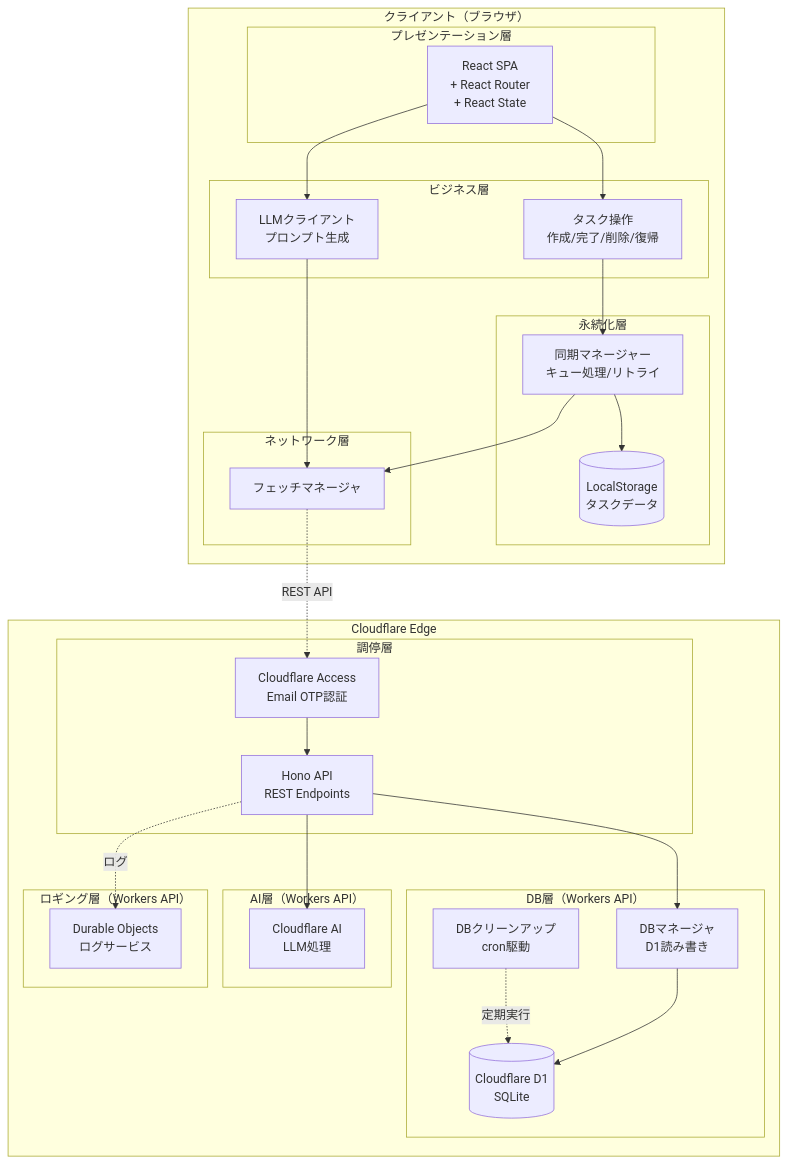
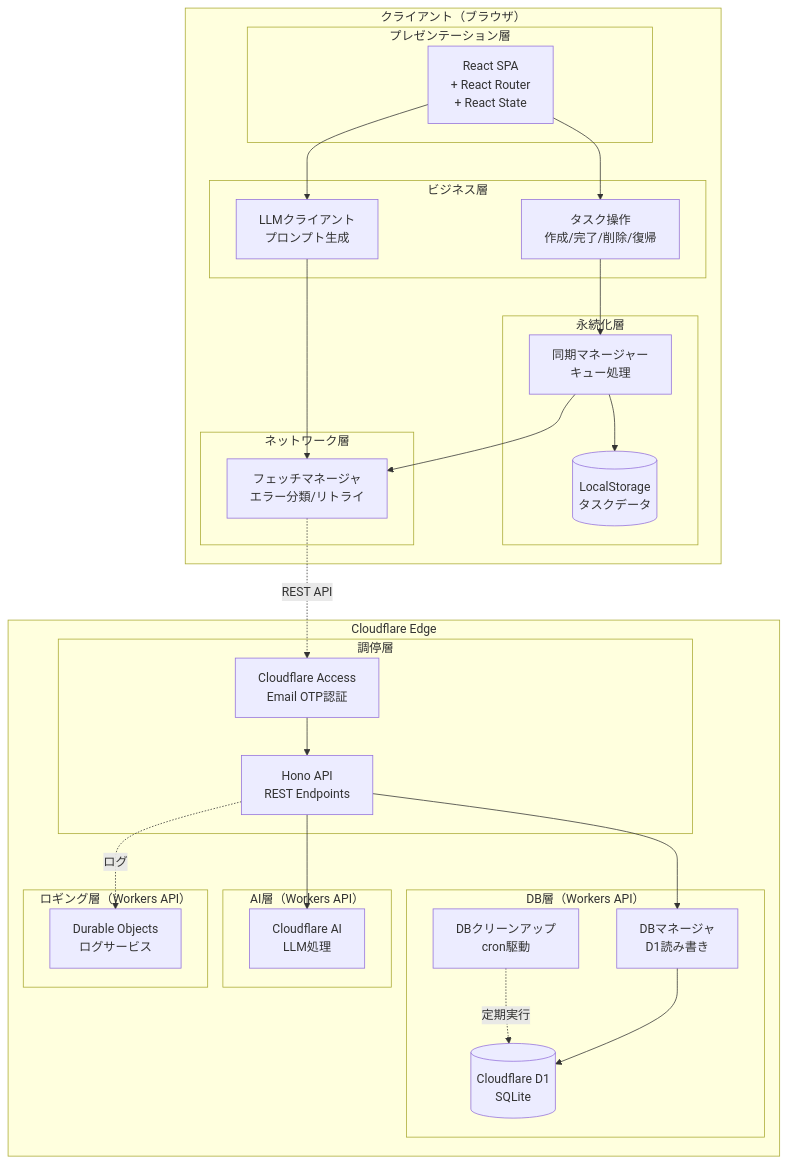
Before and after one commit to osawa-naotaka/vanishtodo: the first of 3 diagrams in doc/04_ARCHETECTURE.md, drawn with Mermaid. The commit also changed other lines of this file, not shown here.

Commit message:
リトライを同期マネージャからフェッチマネージャに移動

````diff
--- a/doc/04_ARCHETECTURE.md
+++ b/doc/04_ARCHETECTURE.md
@@ -27,59 +27,59 @@
 ```mermaid
 graph TB
     subgraph "クライアント（ブラウザ）"
         subgraph "プレゼンテーション層"
             UI[React SPA<br/>+ React Router<br/>+ React State]
         end
         
         subgraph "ビジネス層"
             TaskOps[タスク操作<br/>作成/完了/削除/復帰]
             LLMClient[LLMクライアント<br/>プロンプト生成]
         end
         
         subgraph "永続化層"
             LocalStorage[(LocalStorage<br/>タスクデータ)]
-            SyncManager[同期マネージャー<br/>キュー処理/リトライ]
+            SyncManager[同期マネージャー<br/>キュー処理]
         end
 
         subgraph "ネットワーク層"
-            Fetch[フェッチマネージャ]
+            Fetch[フェッチマネージャ<br/>エラー分類/リトライ]
         end
     end
     
     subgraph "Cloudflare Edge"
 
         subgraph "調停層"
             Access[Cloudflare Access<br/>Email OTP認証]
             Workers[Hono API<br/>REST Endpoints]
         end
 
         subgraph "DB層（Workers API）"
             Cron[DBクリーンアップ<br/>cron駆動]
             DB[DBマネージャ<br/>D1読み書き]
             D1[(Cloudflare D1<br/>SQLite)]
         end
 
         subgraph "AI層（Workers API）"
             AI[Cloudflare AI<br/>LLM処理]
         end
 
         subgraph "ロギング層（Workers API）"
             DurableObj[Durable Objects<br/>ログサービス]
         end
 
     end
     
     UI --> TaskOps
     UI --> LLMClient
     TaskOps --> SyncManager
     LLMClient --> Fetch
     SyncManager --> LocalStorage
     SyncManager --> Fetch
     Fetch -.REST API.-> Access
     Access --> Workers
     Workers --> DB
     Workers -.ログ.-> DurableObj
     Workers --> AI
     Cron -.定期実行.-> D1
     DB --> D1
 ```
````
